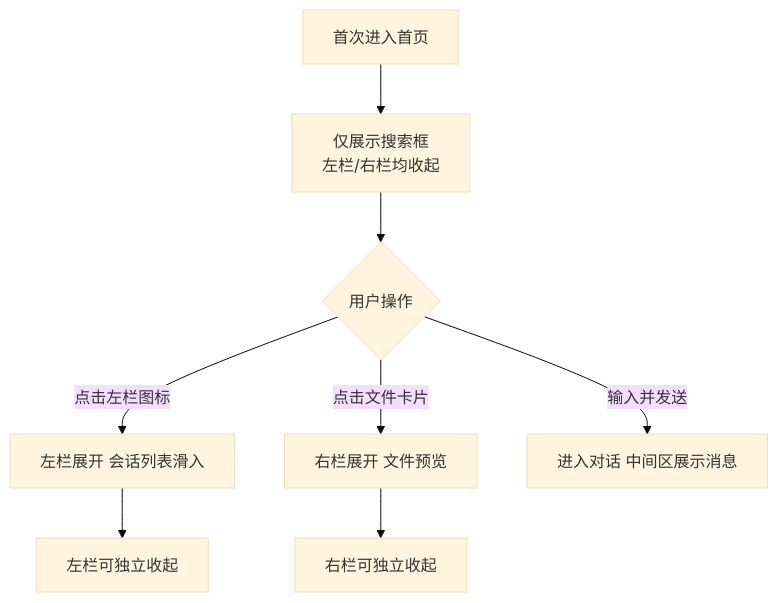
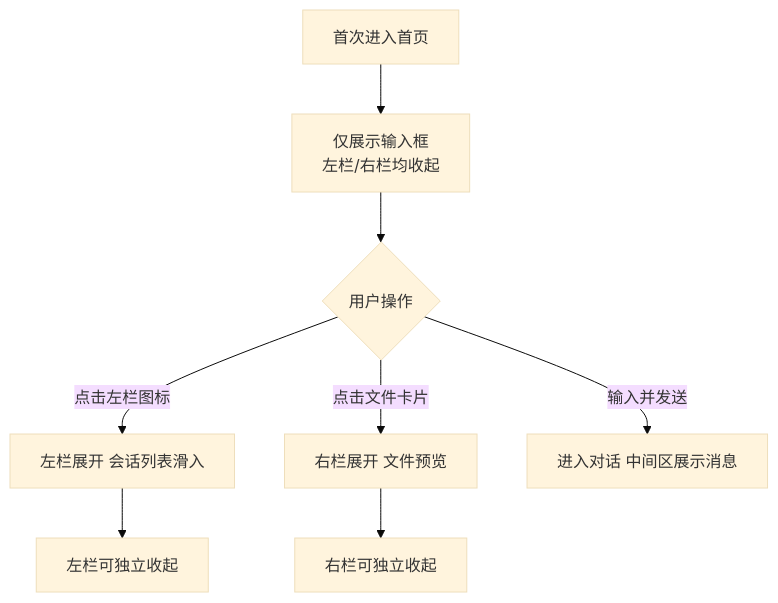
Before and after one commit to fri555/PORTL: the fifth of 12 diagrams in docs/需求文档/20260709-【PRD】AI工作台-首页智能体-天马智擎.md, drawn with Mermaid (base theme). The commit also changed other lines of this file, not shown here.

````diff
--- a/docs/需求文档/20260709-【PRD】AI工作台-首页智能体-天马智擎.md
+++ b/docs/需求文档/20260709-【PRD】AI工作台-首页智能体-天马智擎.md
@@ -718,10 +718,10 @@
 ```mermaid
 flowchart TD
-    A["首次进入首页"] --> B["仅展示搜索框<br/>左栏/右栏均收起"]
+    A["首次进入首页"] --> B["仅展示输入框<br/>左栏/右栏均收起"]
     B --> C{"用户操作"}
     C -->|"点击左栏图标"| D["左栏展开 会话列表滑入"]
     C -->|"点击文件卡片"| E["右栏展开 文件预览"]
     C -->|"输入并发送"| F["进入对话 中间区展示消息"]
     D --> G["左栏可独立收起"]
     E --> H["右栏可独立收起"]
 ```
````
